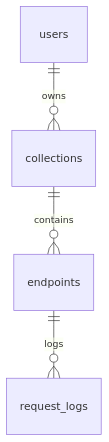
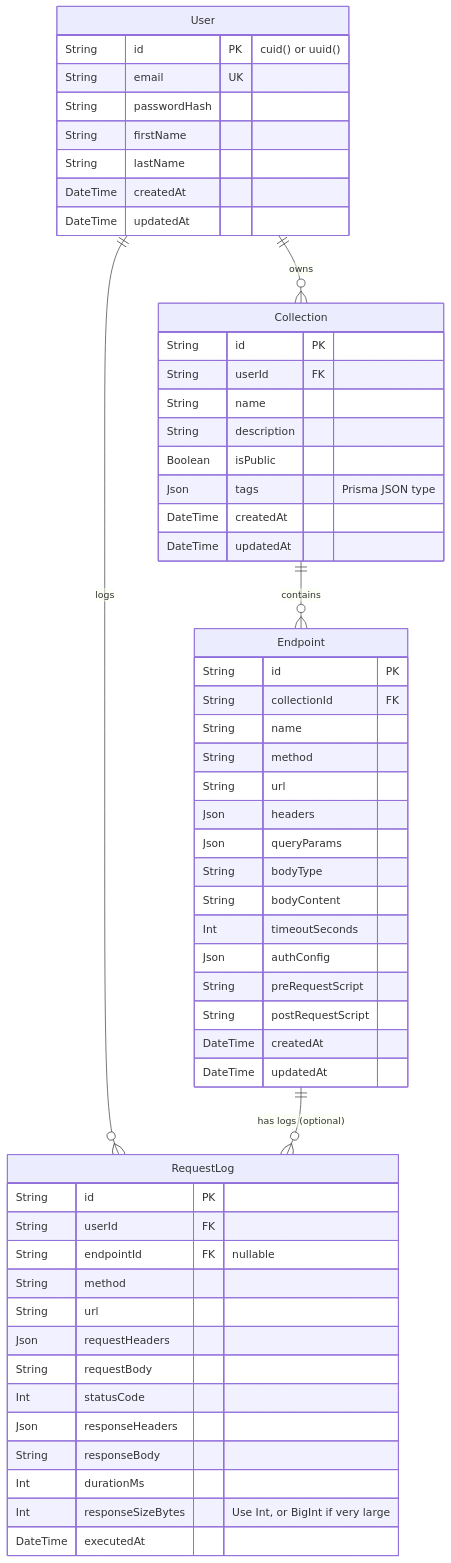
One commit to 0x3at/Postkid changed the second of 3 diagrams in docs/architecture/next.md. Above: the diagram before and after it, drawn with Mermaid. The commit also changed other lines of this file and 7 other files, not shown here.

First line of the commit message:
Docs: Finalize architecture and supporting documentation

````diff
--- a/docs/architecture/next.md
+++ b/docs/architecture/next.md
@@ -239,7 +291,63 @@
 }}%%
 
 erDiagram
-    users ||--o{ collections : owns
-    collections ||--o{ endpoints : contains
-    endpoints ||--o{ request_logs : logs
+    User {
+        String id PK "cuid() or uuid()"
+        String email UK
+        String passwordHash
+        String firstName
+        String lastName
+        DateTime createdAt
+        DateTime updatedAt
+    }
+
+    Collection {
+        String id PK
+        String userId FK
+        String name
+        String description
+        Boolean isPublic
+        Json tags "Prisma JSON type"
+        DateTime createdAt
+        DateTime updatedAt
+    }
+
+    Endpoint {
+        String id PK
+        String collectionId FK
+        String name
+        String method
+        String url
+        Json headers
+        Json queryParams
+        String bodyType
+        String bodyContent
+        Int timeoutSeconds
+        Json authConfig
+        String preRequestScript
+        String postRequestScript
+        DateTime createdAt
+        DateTime updatedAt
+    }
+
+    RequestLog {
+        String id PK
+        String userId FK
+        String endpointId FK "nullable"
+        String method
+        String url
+        Json requestHeaders
+        String requestBody
+        Int statusCode
+        Json responseHeaders
+        String responseBody
+        Int durationMs
+        Int responseSizeBytes "Use Int, or BigInt if very large"
+        DateTime executedAt
+    }
+
+    User ||--o{ Collection : "owns"
+    Collection ||--o{ Endpoint : "contains"
+    User ||--o{ RequestLog : "logs"
+    Endpoint ||--o{ RequestLog : "has logs (optional)"
 ```
````
